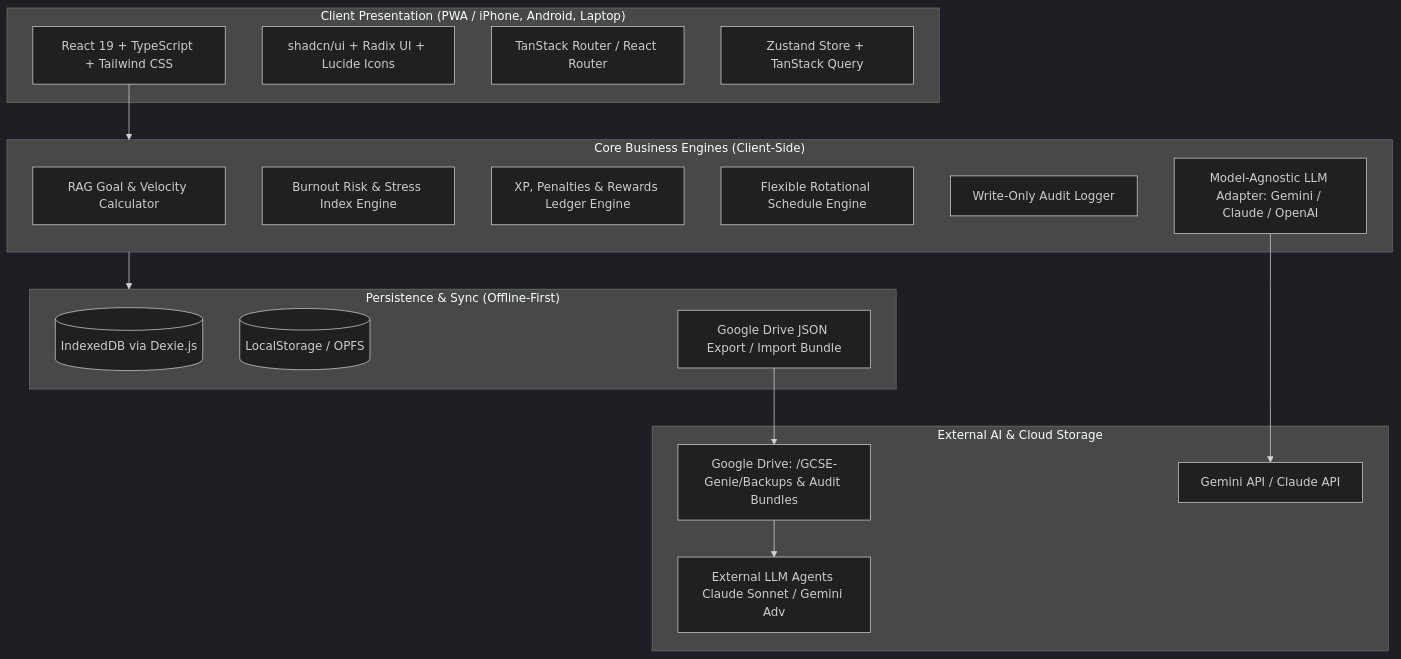
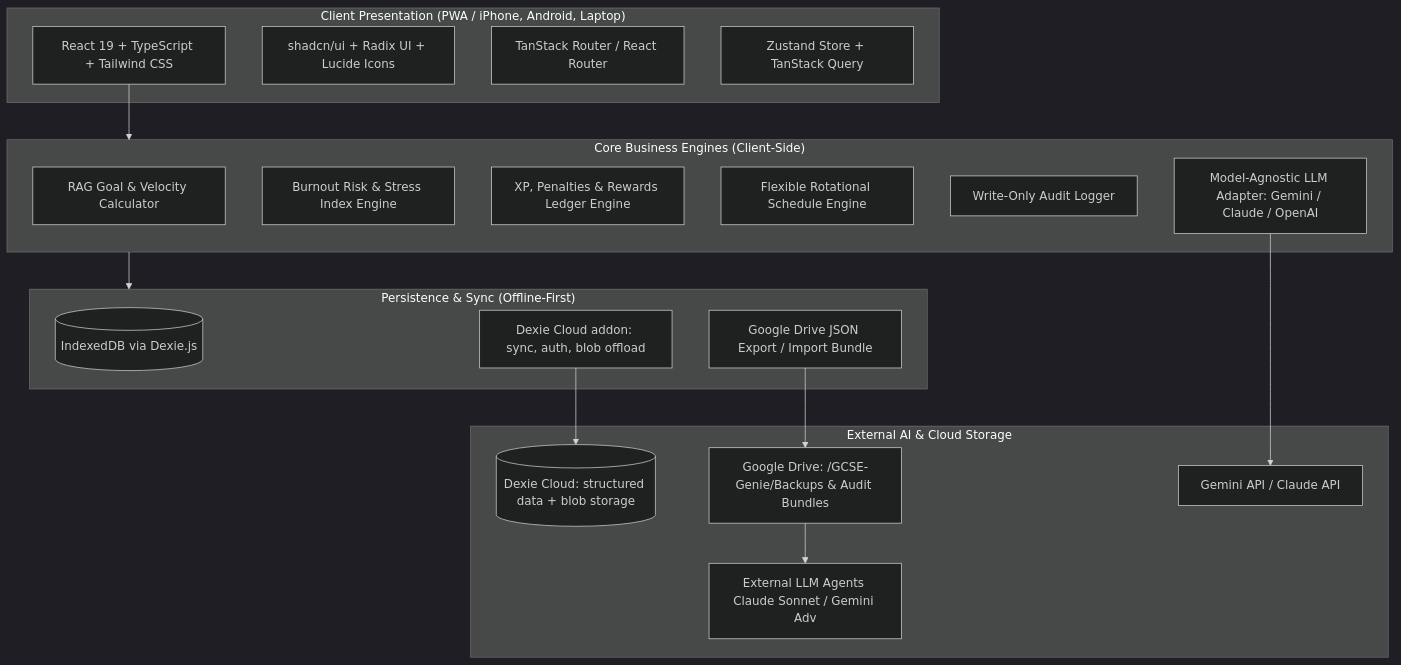
Before and after one commit to dilipcl/T2026GCSGenie: the first of 3 diagrams in GCSE_Genie_Architecture_Spec.md, drawn with Mermaid (dark theme). The commit also changed other lines of this file and 3 other files, not shown here.

````diff
--- a/GCSE_Genie_Architecture_Spec.md
+++ b/GCSE_Genie_Architecture_Spec.md
@@ -74,36 +84,38 @@
 ```mermaid
 graph TD
     subgraph ClientLayer ["Client Presentation (PWA / iPhone, Android, Laptop)"]
         UI[React 19 + TypeScript + Tailwind CSS]
         Components[shadcn/ui + Radix UI + Lucide Icons]
         Router[TanStack Router / React Router]
         State[Zustand Store + TanStack Query]
     end
 
     subgraph LogicLayer ["Core Business Engines (Client-Side)"]
         RAGCalc[RAG Goal & Velocity Calculator]
         BurnoutEng[Burnout Risk & Stress Index Engine]
         XPEng[XP, Penalties & Rewards Ledger Engine]
         TimetableEng[Flexible Rotational Schedule Engine]
         AuditEng[Write-Only Audit Logger]
         LLMAdapter[Model-Agnostic LLM Adapter: Gemini / Claude / OpenAI]
     end
 
     subgraph DataLayer ["Persistence & Sync (Offline-First)"]
         IDB[(IndexedDB via Dexie.js)]
-        LocalCache[(LocalStorage / OPFS)]
+        CloudSync[Dexie Cloud addon: sync, auth, blob offload]
         BackupService[Google Drive JSON Export / Import Bundle]
     end
 
     subgraph ExternalAgents ["External AI & Cloud Storage"]
+        DexieCloud[(Dexie Cloud: structured data + blob storage)]
         GDrive[Google Drive: /GCSE-Genie/Backups & Audit Bundles]
         GeminiAPI[Gemini API / Claude API]
         ExternalLLM[External LLM Agents Claude Sonnet / Gemini Adv]
     end
 
     UI --> LogicLayer
     LogicLayer --> DataLayer
     LLMAdapter --> GeminiAPI
+    CloudSync --> DexieCloud
     BackupService --> GDrive
     GDrive --> ExternalLLM
 ```
````
